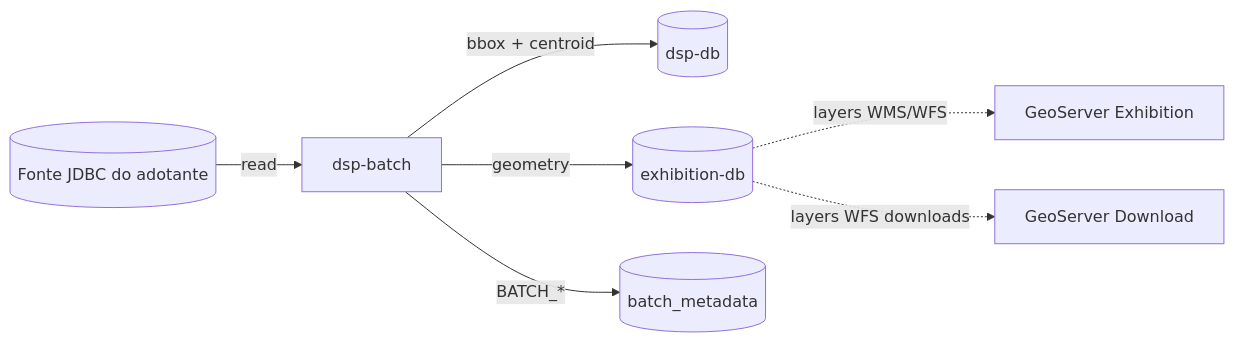
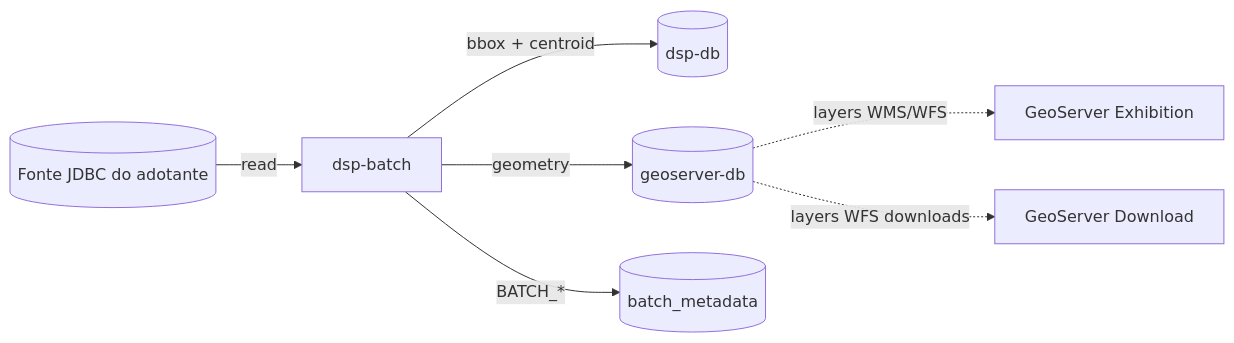
Before and after one commit to kleber-albino/rer-dsp-docs: the first of 2 diagrams in docs/modules/job-data-migration/overview.md, drawn with Mermaid. The commit also changed other lines of this file and 14 other files, not shown here.

First line of the commit message:
docs: rename ` geoserver-exhibition-db` references to `geoserver-db` across documentation

````diff
--- a/docs/modules/job-data-migration/overview.md
+++ b/docs/modules/job-data-migration/overview.md
@@ -23,9 +23,9 @@
 ```mermaid
 flowchart LR
   src[(Fonte JDBC do adotante)] -->|read| app[dsp-batch]
   app -->|"bbox + centroid"| tgt[(dsp-db)]
-  app -->|geometry| geo[(exhibition-db)]
+  app -->|geometry| geo[(geoserver-db)]
   app -->|"BATCH_*"| meta[(batch_metadata)]
   geo -.->|layers WMS/WFS| gsEx[GeoServer Exhibition]
   geo -.->|layers WFS downloads| gsDl[GeoServer Download]
 ```
````
